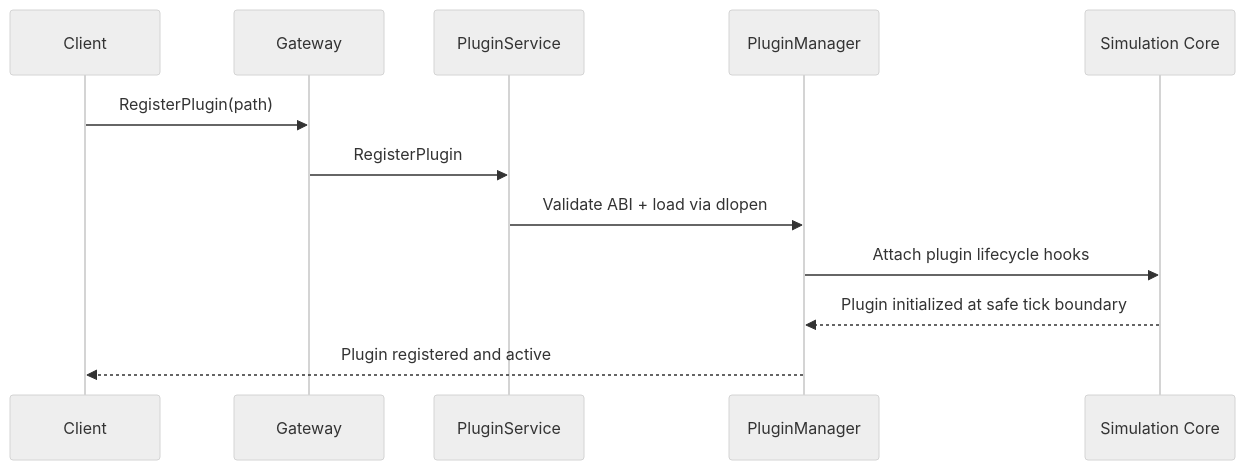
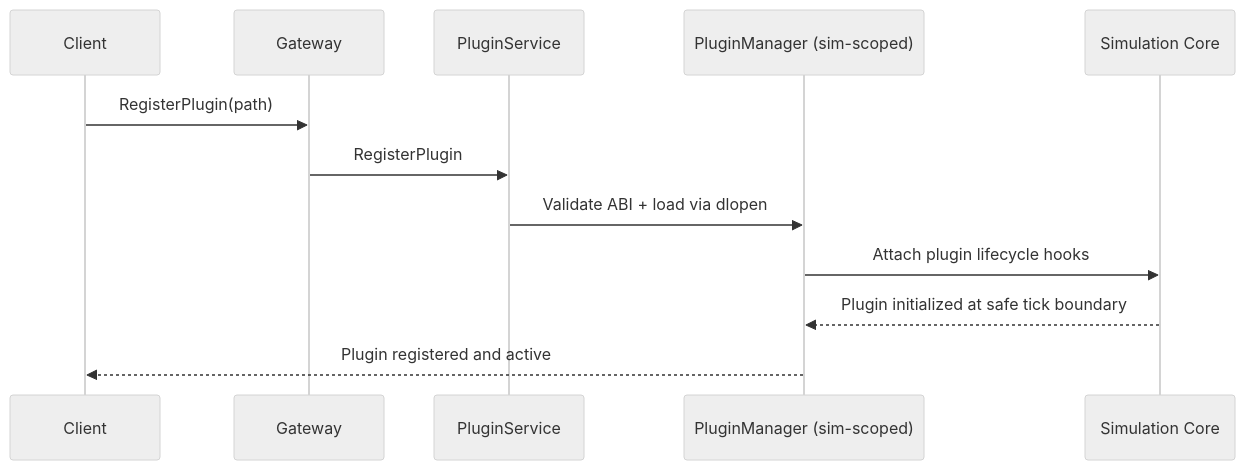
One commit to AlexTech-stack/BoAt changed the second of 6 diagrams in boat-platform/docs/diagrams/sequence-diagrams.md. Above: the diagram before and after it, drawn with Mermaid (neutral theme). The commit also changed other lines of this file and 40 other files, not shown here.

````diff
--- a/boat-platform/docs/diagrams/sequence-diagrams.md
+++ b/boat-platform/docs/diagrams/sequence-diagrams.md
@@ -33,15 +39,15 @@
 ```mermaid
 sequenceDiagram
     participant Client
     participant Gateway
     participant PluginSvc as PluginService
-    participant PM as PluginManager
+    participant PM as PluginManager (sim-scoped)
     participant Core as Simulation Core
 
     Client->>Gateway: RegisterPlugin(path)
     Gateway->>PluginSvc: RegisterPlugin
     PluginSvc->>PM: Validate ABI + load via dlopen
     PM->>Core: Attach plugin lifecycle hooks
     Core-->>PM: Plugin initialized at safe tick boundary
     PM-->>Client: Plugin registered and active
 ```
````
